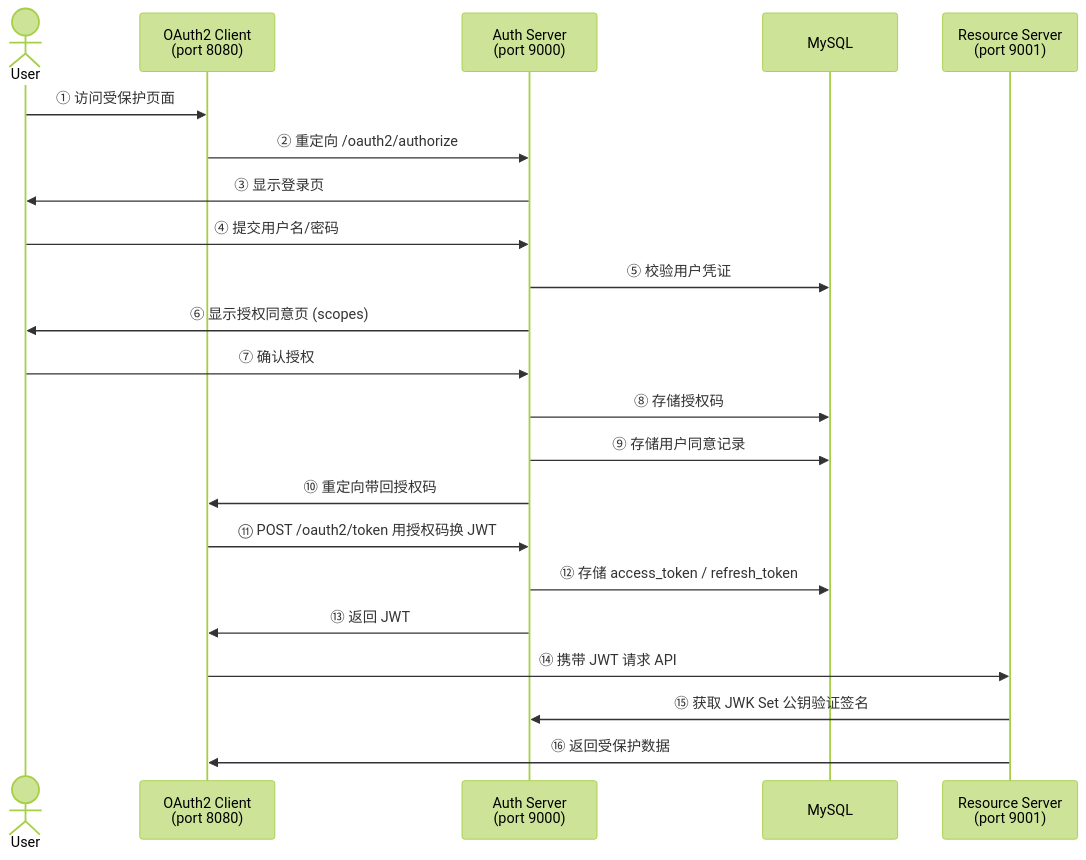
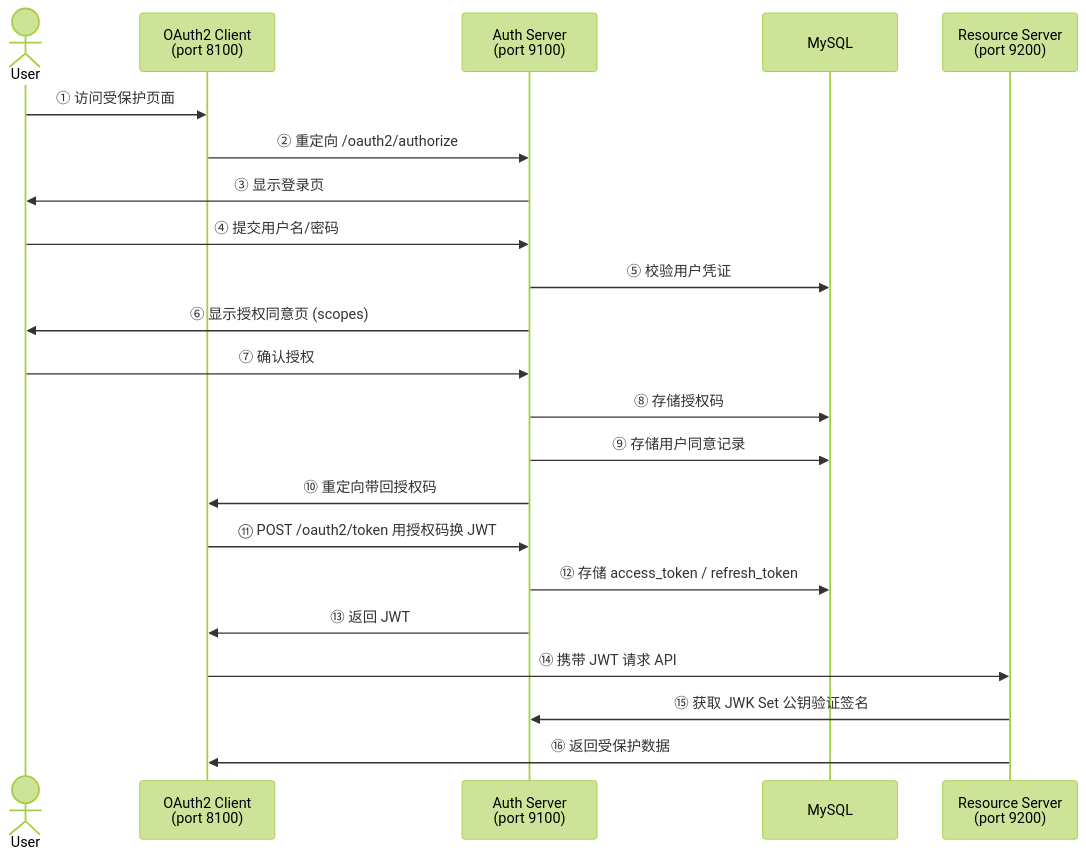
One commit to huruiyi/spring-boot4-oauth2-playground changed the second of 2 diagrams in README.md. Above: the diagram before and after it, drawn with Mermaid (forest theme). The commit also changed other lines of this file and 123 other files, not shown here.

````diff
--- a/README.md
+++ b/README.md
@@ -37,25 +37,25 @@
 ```mermaid
 sequenceDiagram
     actor User
-    participant Client as OAuth2 Client<br/>(port 8080)
-    participant Auth as Auth Server<br/>(port 9000)
+    participant Client as OAuth2 Client<br/>(port 8100)
+    participant Auth as Auth Server<br/>(port 9100)
     participant MySQL as MySQL
-    participant Resource as Resource Server<br/>(port 9001)
+    participant Resource as Resource Server<br/>(port 9200)
 
     User->>Client: ① 访问受保护页面
     Client->>Auth: ② 重定向 /oauth2/authorize
     Auth->>User: ③ 显示登录页
     User->>Auth: ④ 提交用户名/密码
     Auth->>MySQL: ⑤ 校验用户凭证
     Auth->>User: ⑥ 显示授权同意页 (scopes)
     User->>Auth: ⑦ 确认授权
     Auth->>MySQL: ⑧ 存储授权码
     Auth->>MySQL: ⑨ 存储用户同意记录
     Auth->>Client: ⑩ 重定向带回授权码
     Client->>Auth: ⑪ POST /oauth2/token 用授权码换 JWT
     Auth->>MySQL: ⑫ 存储 access_token / refresh_token
     Auth->>Client: ⑬ 返回 JWT
     Client->>Resource: ⑭ 携带 JWT 请求 API
     Resource->>Auth: ⑮ 获取 JWK Set 公钥验证签名
     Resource->>Client: ⑯ 返回受保护数据
 ```
````
